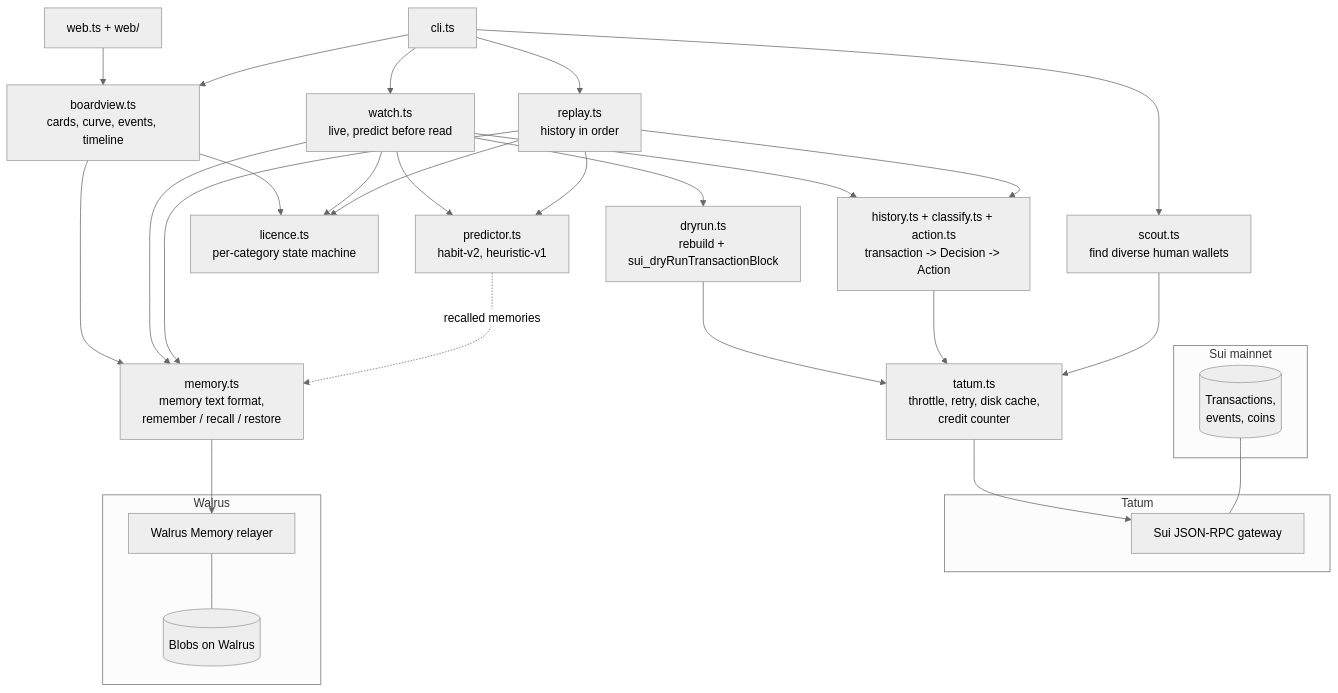
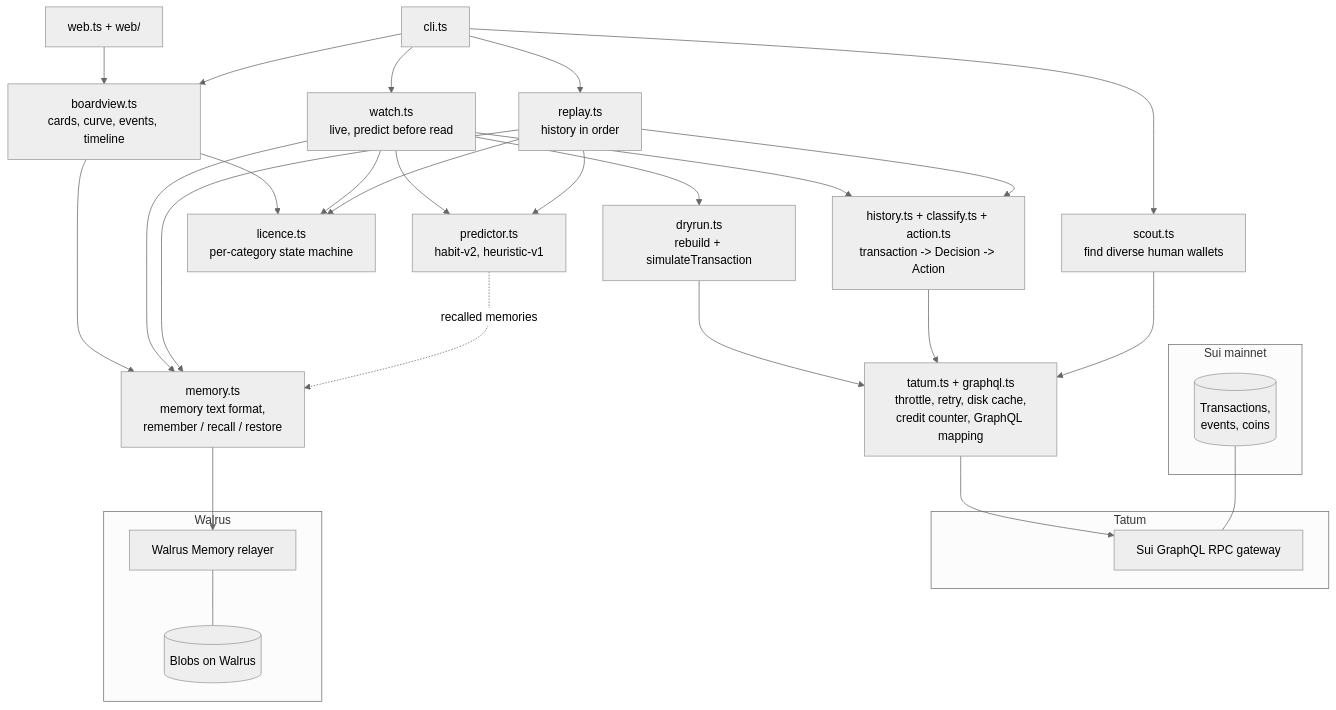
Before and after one commit to itsolaph/shadowright: the diagram in docs/ARCHITECTURE.md, drawn with Mermaid (neutral theme). The commit also changed other lines of this file and 17 other files, not shown here.

First line of the commit message:
Move Tatum client from JSON-RPC to Sui GraphQL

````diff
--- a/docs/ARCHITECTURE.md
+++ b/docs/ARCHITECTURE.md
@@ -8,46 +8,46 @@
 ```mermaid
 flowchart TB
     subgraph Sui mainnet
         chain[(Transactions,<br/>events, coins)]
     end
     subgraph Tatum
-        rpc[Sui JSON-RPC gateway]
+        rpc[Sui GraphQL RPC gateway]
     end
     subgraph Walrus
         memwal[Walrus Memory relayer]
         blobs[(Blobs on Walrus)]
     end
     chain --- rpc
     memwal --- blobs
 
-    tatum[tatum.ts<br/>throttle, retry, disk cache,<br/>credit counter] --> rpc
+    tatum[tatum.ts + graphql.ts<br/>throttle, retry, disk cache,<br/>credit counter, GraphQL mapping] --> rpc
     history[history.ts + classify.ts + action.ts<br/>transaction -> Decision -> Action]
     scout[scout.ts<br/>find diverse human wallets]
     memory[memory.ts<br/>memory text format,<br/>remember / recall / restore]
     predictor[predictor.ts<br/>habit-v2, heuristic-v1]
     licence[licence.ts<br/>per-category state machine]
     replay[replay.ts<br/>history in order]
     watch[watch.ts<br/>live, predict before read]
-    dryrun[dryrun.ts<br/>rebuild + sui_dryRunTransactionBlock]
+    dryrun[dryrun.ts<br/>rebuild + simulateTransaction]
     board[boardview.ts<br/>cards, curve, events, timeline]
     cli[cli.ts]
     web[web.ts + web/]
 
     scout --> tatum
     history --> tatum
     replay --> history
     watch --> history
     replay --> predictor
     watch --> predictor
     predictor -. recalled memories .-> memory
     replay --> memory
     watch --> memory
     memory --> memwal
     replay --> licence
     watch --> licence
     watch --> dryrun --> tatum
     board --> licence
     board --> memory
     cli --> replay & watch & scout & board
     web --> board
 ```
````
